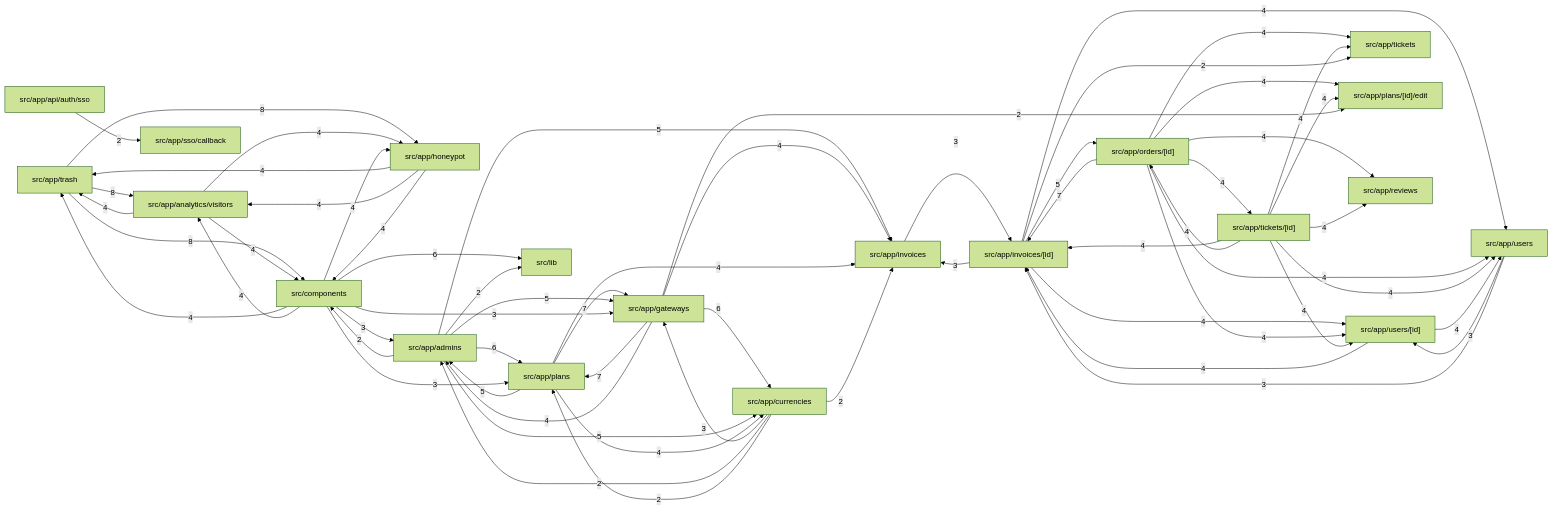
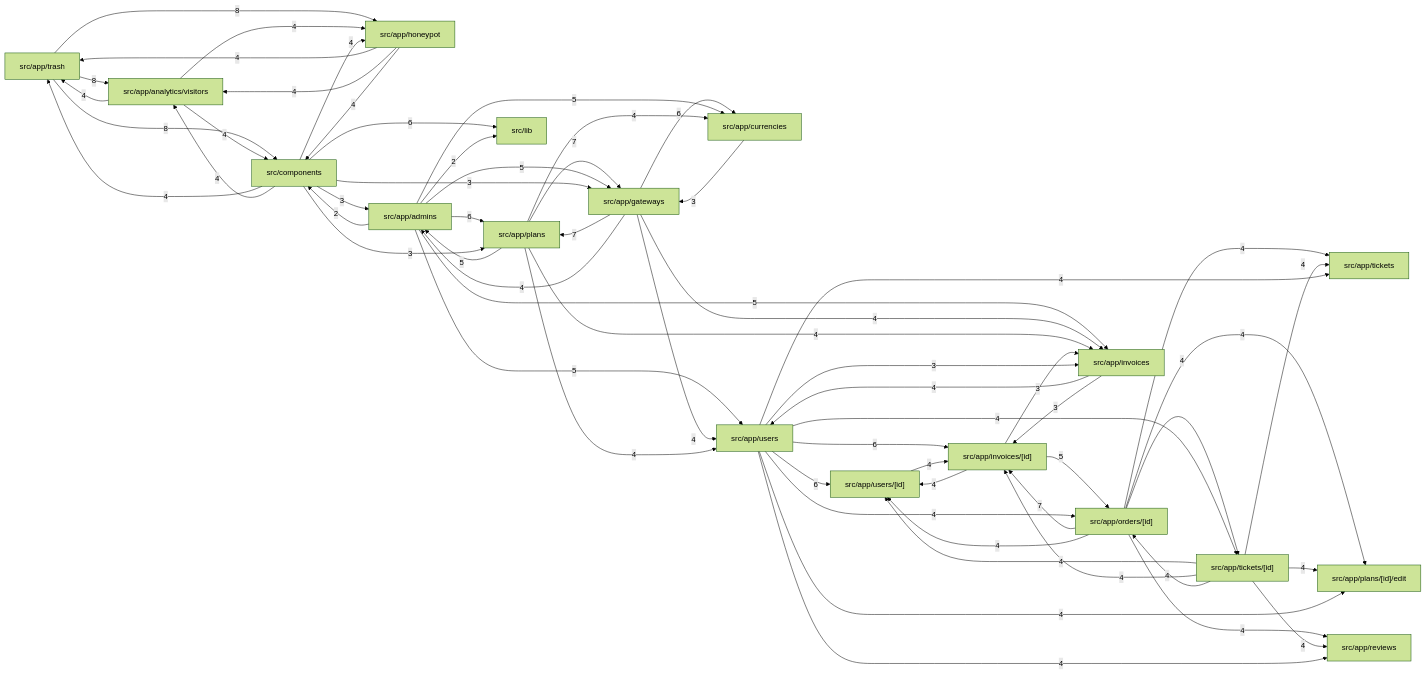
The diagram in index/INDEX_FUNCTIONS_viralefy_backoffice.md (Viralefy/viralefy_archive), drawn with Mermaid (forest theme) before and after one commit. The commit also changed other lines of this file and 5 other files, not shown here.

````diff
--- a/index/INDEX_FUNCTIONS_viralefy_backoffice.md
+++ b/index/INDEX_FUNCTIONS_viralefy_backoffice.md
@@ -29,16 +29,14 @@
   m7["src/app/invoices/[id]"]
   m8["src/app/admins"]
   m9["src/app/currencies"]
-  m10["src/lib"]
-  m11["src/app/invoices"]
-  m12["src/app/users/[id]"]
-  m13["src/app/users"]
+  m10["src/app/users"]
+  m11["src/app/users/[id]"]
+  m12["src/lib"]
+  m13["src/app/invoices"]
   m14["src/app/tickets"]
   m15["src/app/plans/[id]/edit"]
   m16["src/app/reviews"]
   m17["src/app/tickets/[id]"]
-  m18["src/app/api/auth/sso"]
-  m19["src/app/sso/callback"]
   m0 -->|8| m1
   m0 -->|8| m2
   m0 -->|8| m3
@@ -47,56 +45,56 @@
   m5 -->|7| m4
   m8 -->|6| m5
   m4 -->|6| m9
-  m2 -->|6| m10
+  m10 -->|6| m11
+  m10 -->|6| m7
+  m2 -->|6| m12
+  m8 -->|5| m10
   m8 -->|5| m9
   m8 -->|5| m4
-  m8 -->|5| m11
+  m8 -->|5| m13
   m7 -->|5| m6
   m5 -->|5| m8
   m1 -->|4| m0
   m1 -->|4| m2
   m1 -->|4| m3
+  m4 -->|4| m10
   m4 -->|4| m8
-  m4 -->|4| m11
+  m4 -->|4| m13
   m3 -->|4| m0
   m3 -->|4| m1
   m3 -->|4| m2
-  m7 -->|4| m12
-  m7 -->|4| m13
+  m7 -->|4| m11
+  m13 -->|4| m10
   m6 -->|4| m14
-  m6 -->|4| m12
-  m6 -->|4| m13
+  m6 -->|4| m11
   m6 -->|4| m15
   m6 -->|4| m16
   m6 -->|4| m17
+  m5 -->|4| m10
   m5 -->|4| m9
-  m5 -->|4| m11
+  m5 -->|4| m13
   m17 -->|4| m14
-  m17 -->|4| m12
-  m17 -->|4| m13
+  m17 -->|4| m11
   m17 -->|4| m7
   m17 -->|4| m6
   m17 -->|4| m15
   m17 -->|4| m16
-  m12 -->|4| m13
-  m12 -->|4| m7
+  m11 -->|4| m7
+  m10 -->|4| m14
+  m10 -->|4| m6
+  m10 -->|4| m15
+  m10 -->|4| m16
+  m10 -->|4| m17
   m2 -->|4| m0
   m2 -->|4| m1
   m2 -->|4| m3
   m9 -->|3| m4
-  m7 -->|3| m11
-  m11 -->|3| m7
-  m13 -->|3| m12
+  m7 -->|3| m13
   m13 -->|3| m7
+  m10 -->|3| m13
   m2 -->|3| m8
   m2 -->|3| m4
   m2 -->|3| m5
-  m8 -->|2| m10
+  m8 -->|2| m12
   m8 -->|2| m2
-  m18 -->|2| m19
-  m9 -->|2| m8
-  m9 -->|2| m11
-  m9 -->|2| m5
-  m4 -->|2| m15
-  m7 -->|2| m14
 ```
````
